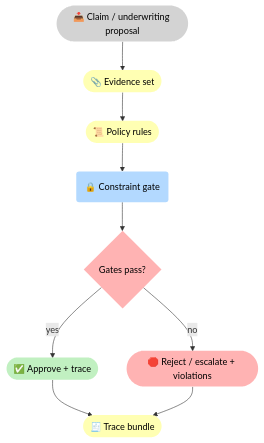
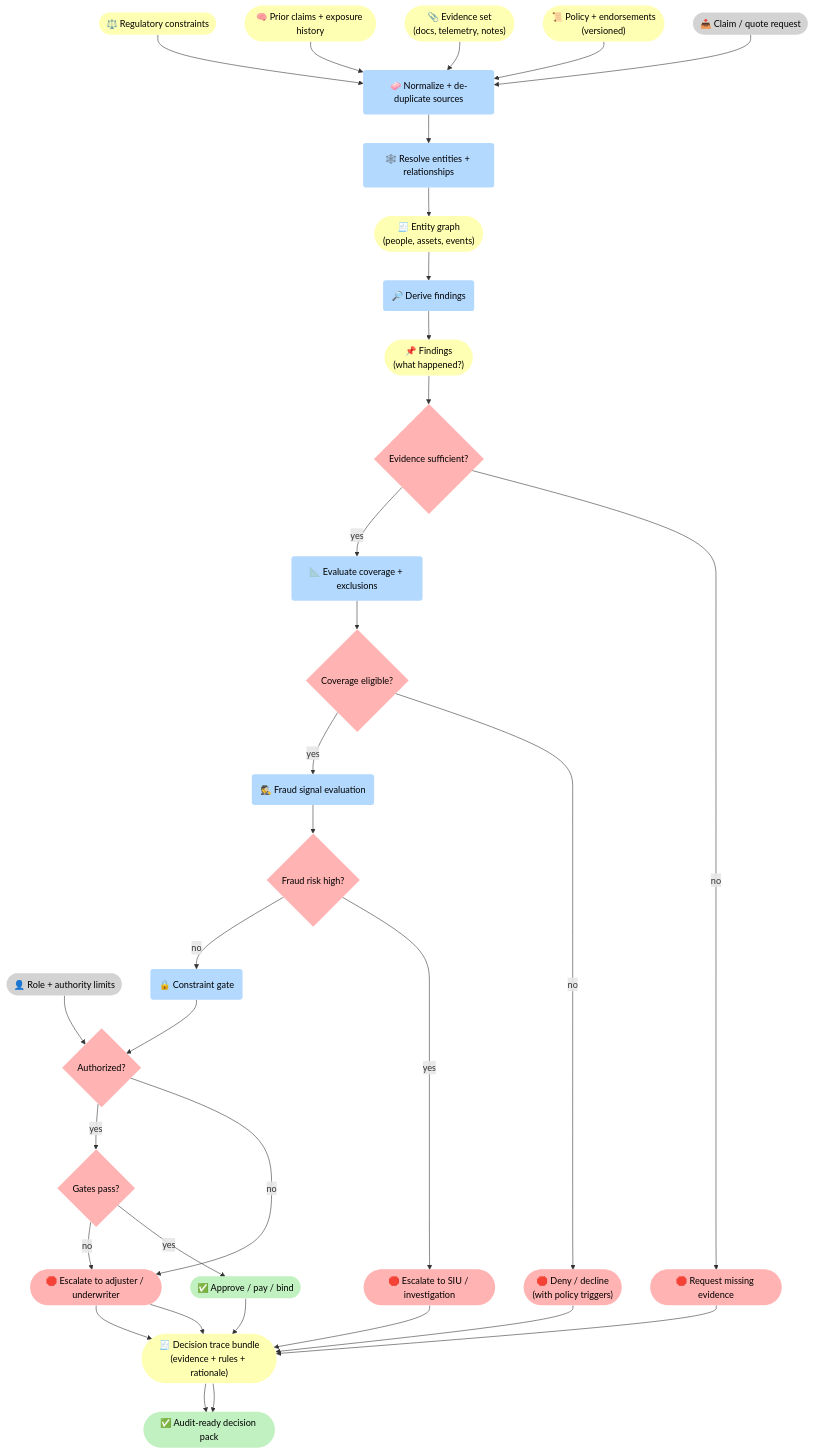
Before and after one commit to 5Reasons/5reasons.github.io: the first of 3 diagrams in docs/case-studies/insurance.md, drawn with Mermaid. The commit also changed other lines of this file and 8 other files, not shown here.

First line of the commit message:
Enhance case studies with detailed flowcharts and explicit gates

````diff
--- a/docs/case-studies/insurance.md
+++ b/docs/case-studies/insurance.md
@@ -62,25 +62,70 @@
 ```mermaid
 flowchart TB
 %% Styles (brModel Standard)
 classDef i fill:#D3D3D3,stroke-width:0px,color:#000;
 classDef p fill:#B3D9FF,stroke-width:0px,color:#000;
 classDef r fill:#FFFFB3,stroke-width:0px,color:#000;
 classDef o fill:#C1F0C1,stroke-width:0px,color:#000;
 classDef s fill:#FFB3B3,stroke-width:0px,color:#000;
 
-I_C(["📥 Claim / underwriting proposal"]):::i
-R_E(["📎 Evidence set"]):::r
-R_P(["📜 Policy rules"]):::r
-P_V("🔒 Constraint gate"):::p
+I_C(["📥 Claim / quote request"]):::i
+I_Role(["👤 Role + authority limits"]):::i
+
+R_Pol(["📜 Policy + endorsements<br>(versioned)"]):::r
+R_Ev(["📎 Evidence set<br>(docs, telemetry, notes)"]):::r
+R_Hist(["🧠 Prior claims + exposure history"]):::r
+R_Reg(["⚖️ Regulatory constraints"]):::r
+
+P_Norm("🧼 Normalize + de-duplicate sources"):::p
+P_Ent("🕸️ Resolve entities + relationships"):::p
+R_Ent(["🧾 Entity graph<br>(people, assets, events)"]):::r
+
+P_Find("🔎 Derive findings"):::p
+R_Find(["📌 Findings<br>(what happened?)"]):::r
+
+G_Ev{"Evidence sufficient?"}:::s
+S_Req(["🛑 Request missing evidence"]):::s
+
+P_Cov("📐 Evaluate coverage + exclusions"):::p
+G_Elig{"Coverage eligible?"}:::s
+S_Deny(["🛑 Deny / decline<br>(with policy triggers)"]):::s
+
+P_Fraud("🕵️ Fraud signal evaluation"):::p
+G_Fraud{"Fraud risk high?"}:::s
+S_SIU(["🛑 Escalate to SIU / investigation"]):::s
+
+P_Gate("🔒 Constraint gate"):::p
+G_Auth{"Authorized?"}:::s
 G_OK{"Gates pass?"}:::s
-O_OK(["✅ Approve + trace"]):::o
-S_NO(["🛑 Reject / escalate + violations"]):::s
-R_T(["🧾 Trace bundle"]):::r
 
-I_C --> R_E --> R_P --> P_V --> G_OK
-G_OK -->|"yes"| O_OK --> R_T
-G_OK -->|"no"| S_NO --> R_T
+O_OK(["✅ Approve / pay / bind"]):::o
+S_Esc(["🛑 Escalate to adjuster / underwriter"]):::s
+R_T(["🧾 Decision trace bundle<br>(evidence + rules + rationale)"]):::r
+O_Pack(["✅ Audit-ready decision pack"]):::o
+
+I_C --> P_Norm
+R_Pol --> P_Norm
+R_Ev --> P_Norm
+R_Hist --> P_Norm
+R_Reg --> P_Norm
+
+P_Norm --> P_Ent --> R_Ent --> P_Find --> R_Find --> G_Ev
+G_Ev -->|"no"| S_Req --> R_T
+G_Ev -->|"yes"| P_Cov --> G_Elig
+
+G_Elig -->|"no"| S_Deny --> R_T
+G_Elig -->|"yes"| P_Fraud --> G_Fraud
+
+G_Fraud -->|"yes"| S_SIU --> R_T
+G_Fraud -->|"no"| P_Gate --> G_Auth
+
+I_Role --> G_Auth
+G_Auth -->|"no"| S_Esc --> R_T
+G_Auth -->|"yes"| G_OK
+
+G_OK -->|"yes"| O_OK --> R_T --> O_Pack
+G_OK -->|"no"| S_Esc --> R_T --> O_Pack
 
 %% Clickable nodes
-click P_V "/methodology/constraints/" "Constraints & SHACL"
+click P_Gate "/methodology/constraints/" "Constraints & SHACL"
 ```
````
